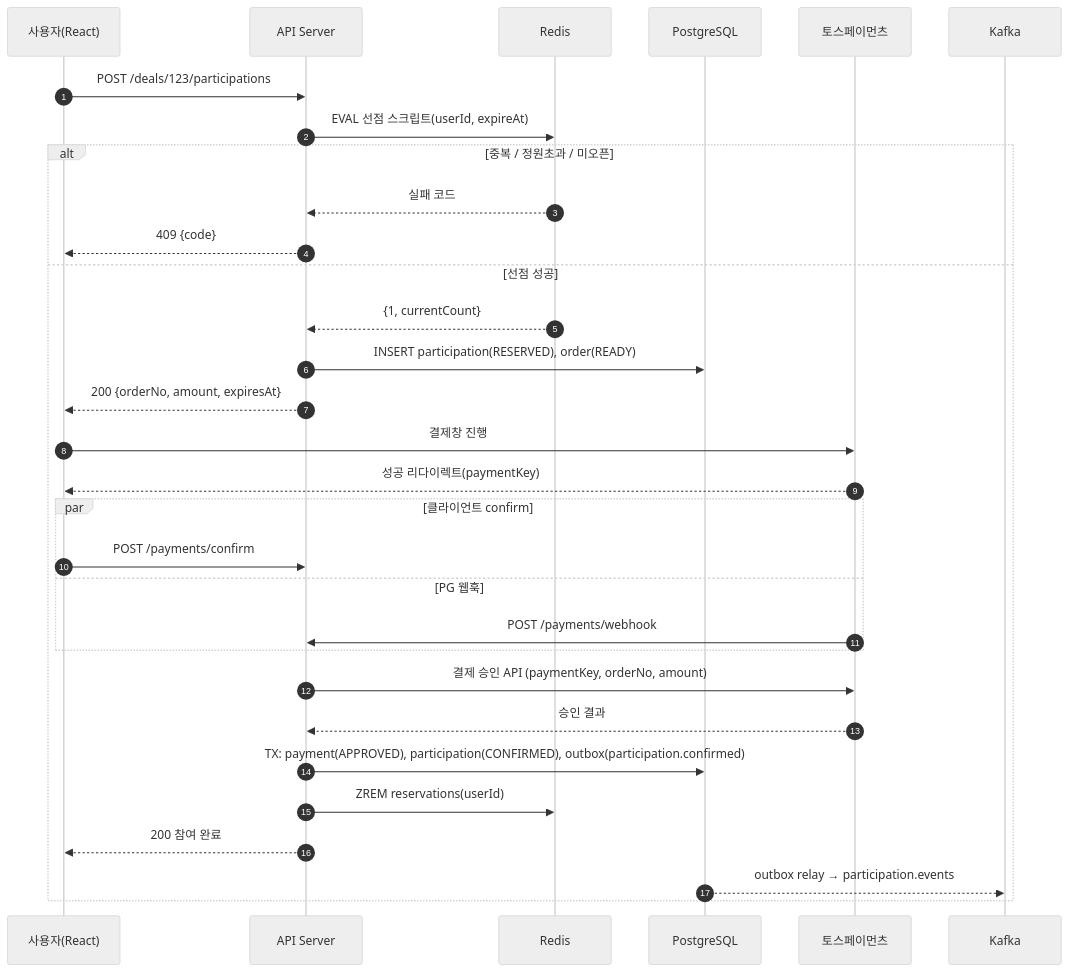
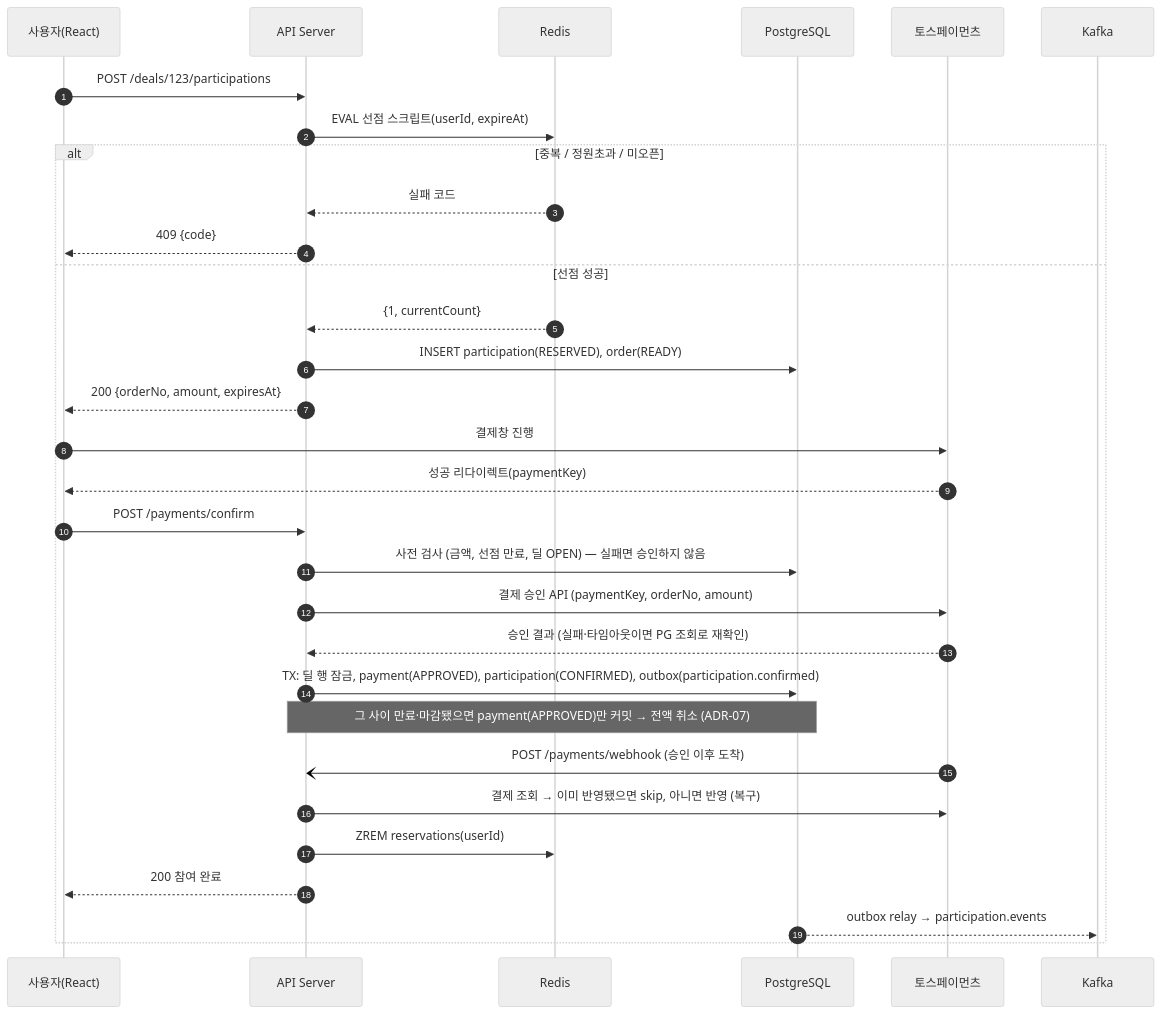
One commit to Jeong-Hyun-Su/groupbuy changed the sixth of 9 diagrams in docs/design/공동구매_플랫폼_설계서.md. Above: the diagram before and after it, drawn with Mermaid (neutral theme). The commit also changed other lines of this file and 30 other files, not shown here.

````diff
--- a/docs/design/공동구매_플랫폼_설계서.md
+++ b/docs/design/공동구매_플랫폼_설계서.md
@@ -778,34 +797,34 @@
 ```mermaid
 sequenceDiagram
     autonumber
     participant U as 사용자(React)
     participant API as API Server
     participant R as Redis
     participant DB as PostgreSQL
     participant PG as 토스페이먼츠
     participant K as Kafka
 
     U->>API: POST /deals/123/participations
     API->>R: EVAL 선점 스크립트(userId, expireAt)
     alt 중복 / 정원초과 / 미오픈
         R-->>API: 실패 코드
         API-->>U: 409 {code}
     else 선점 성공
         R-->>API: {1, currentCount}
         API->>DB: INSERT participation(RESERVED), order(READY)
         API-->>U: 200 {orderNo, amount, expiresAt}
         U->>PG: 결제창 진행
         PG-->>U: 성공 리다이렉트(paymentKey)
-        par 클라이언트 confirm
-            U->>API: POST /payments/confirm
-        and PG 웹훅
-            PG->>API: POST /payments/webhook
-        end
+        U->>API: POST /payments/confirm
+        API->>DB: 사전 검사 (금액, 선점 만료, 딜 OPEN) — 실패면 승인하지 않음
         API->>PG: 결제 승인 API (paymentKey, orderNo, amount)
-        PG-->>API: 승인 결과
-        API->>DB: TX: payment(APPROVED), participation(CONFIRMED), outbox(participation.confirmed)
+        PG-->>API: 승인 결과 (실패·타임아웃이면 PG 조회로 재확인)
+        API->>DB: TX: 딜 행 잠금, payment(APPROVED), participation(CONFIRMED), outbox(participation.confirmed)
+        Note over API,DB: 그 사이 만료·마감됐으면 payment(APPROVED)만 커밋 → 전액 취소 (ADR-07)
+        PG-)API: POST /payments/webhook (승인 이후 도착)
+        API->>PG: 결제 조회 → 이미 반영됐으면 skip, 아니면 반영 (복구)
         API->>R: ZREM reservations(userId)
         API-->>U: 200 참여 완료
         DB-->>K: outbox relay → participation.events
     end
 ```
````
